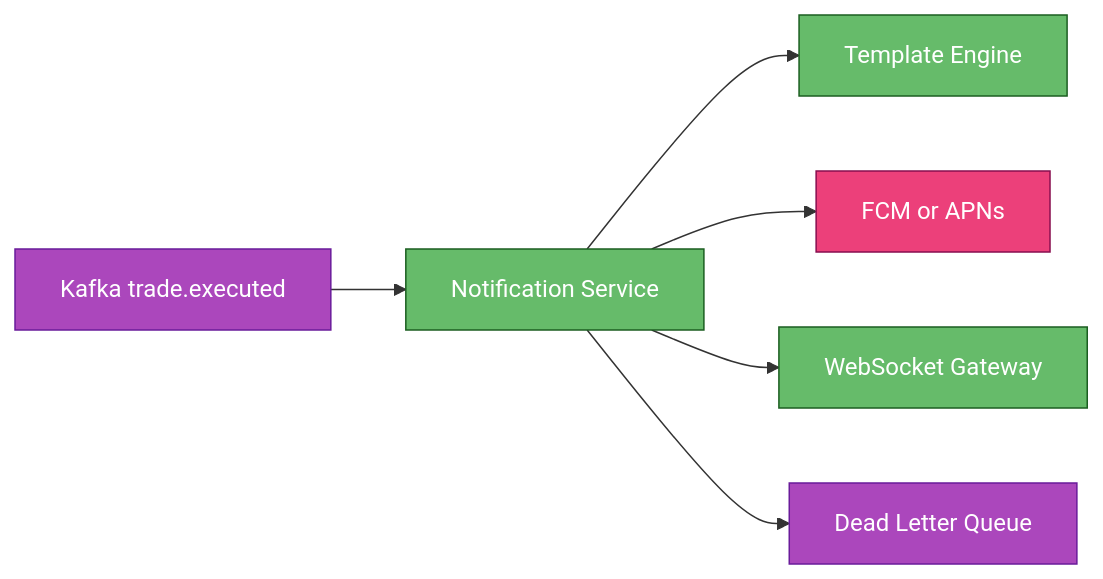
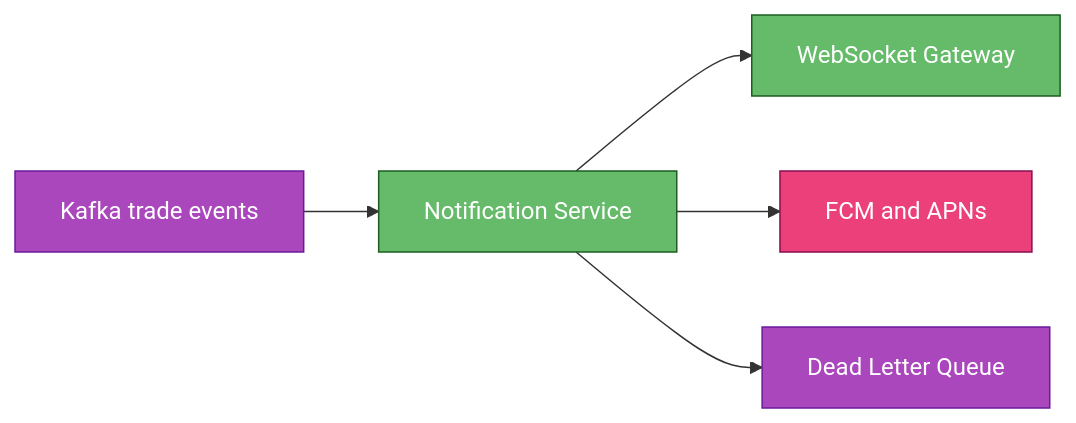
One commit to iluzn/HLD-Designs changed the fourth of 9 diagrams in content/hld/StockBroker.md. Above: the diagram before and after it, drawn with Mermaid. The commit also changed other lines of this file, not shown here.

Commit message:
Improve Stock Broker HLD: conversational explanations, inline term hints, incremental diagrams

````diff
--- a/content/hld/StockBroker.md
+++ b/content/hld/StockBroker.md
@@ -253,19 +279,17 @@
 ```mermaid
 flowchart LR
-    KF["Kafka trade.executed"]:::async
+    KF["Kafka trade events"]:::async
     NS["Notification Service"]:::service
-    TMP["Template Engine"]:::service
-    FCM["FCM or APNs"]:::external
     WS["WebSocket Gateway"]:::service
+    FCM["FCM and APNs"]:::external
     DLQ["Dead Letter Queue"]:::async
 
     KF --> NS
-    NS --> TMP
+    NS --> WS
     NS --> FCM
-    NS --> WS
     NS --> DLQ
 
     classDef service fill:#66BB6A,stroke:#1B5E20,color:#fff
     classDef async fill:#AB47BC,stroke:#6A1B9A,color:#fff
     classDef external fill:#EC407A,stroke:#880E4F,color:#fff
 ```
````
